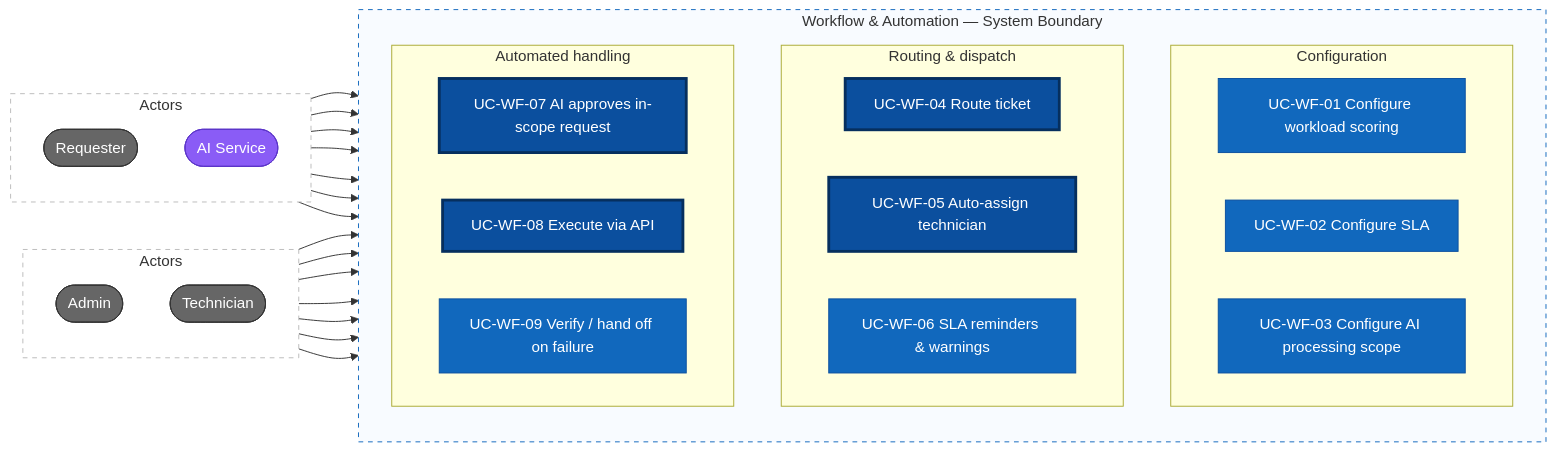
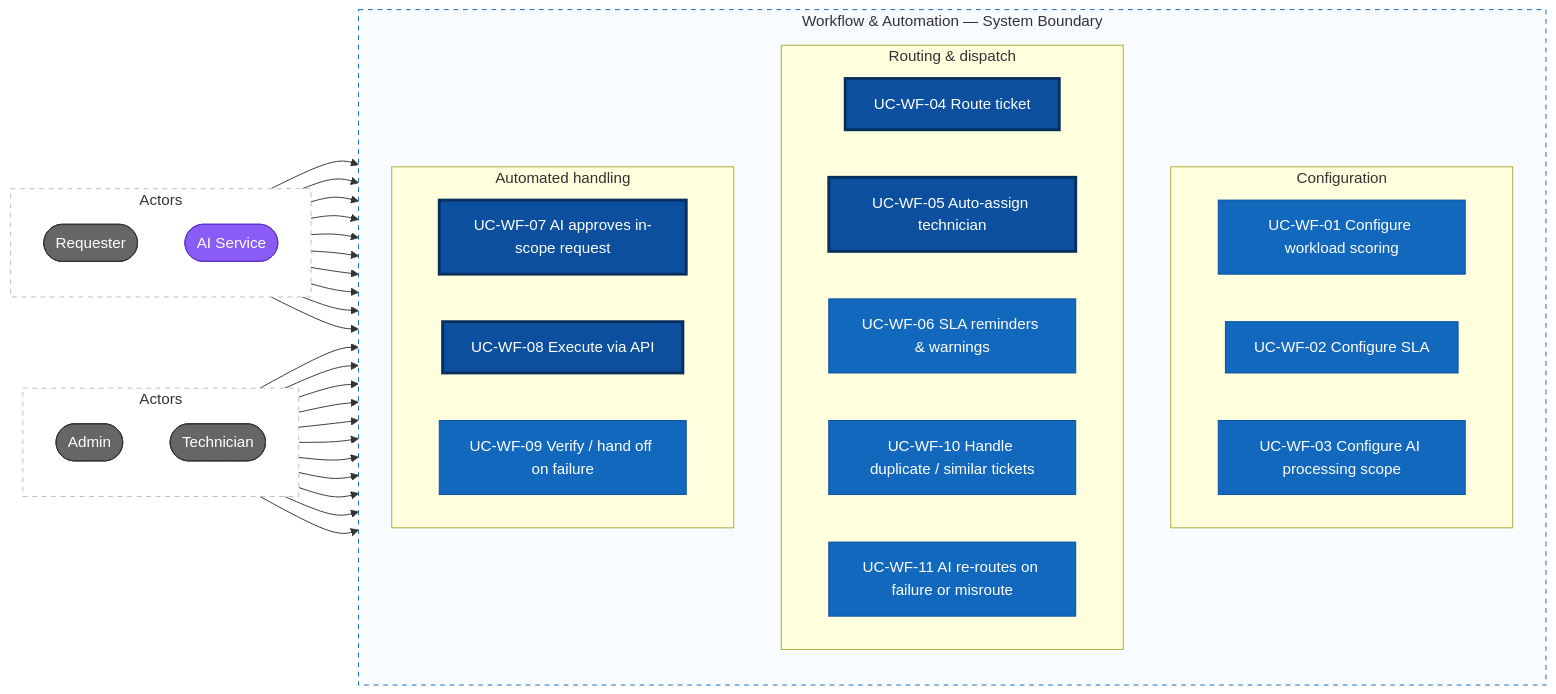
One commit to Akaza-ban/Fable changed the third of 5 diagrams in docs/f05-workflow-automation/02-use-cases.md. Above: the diagram before and after it, drawn with Mermaid. The commit also changed other lines of this file and 12 other files, not shown here.

Commit message:
docs(F05): duplicate/similar tickets (UC-WF-10) and AI re-routing on failure or misroute (UC-WF-11)

````diff
--- a/docs/f05-workflow-automation/02-use-cases.md
+++ b/docs/f05-workflow-automation/02-use-cases.md
@@ -188,53 +195,55 @@
 ```mermaid
 flowchart LR
     subgraph left["Actors"]
         direction TB
         admin(["Admin"])
         tech(["Technician"])
     end
 
     subgraph system["Workflow & Automation — System Boundary"]
         direction TB
         subgraph config["Configuration"]
             direction LR
             uc01["UC-WF-01 Configure workload scoring"]
             uc02["UC-WF-02 Configure SLA"]
             uc03["UC-WF-03 Configure AI processing scope"]
         end
         subgraph routing["Routing & dispatch"]
             direction LR
             uc04["UC-WF-04 Route ticket"]
             uc05["UC-WF-05 Auto-assign technician"]
             uc06["UC-WF-06 SLA reminders & warnings"]
+            uc10["UC-WF-10 Handle duplicate / similar tickets"]
+            uc11["UC-WF-11 AI re-routes on failure or misroute"]
         end
         subgraph automation["Automated handling"]
             direction LR
             uc07["UC-WF-07 AI approves in-scope request"]
             uc08["UC-WF-08 Execute via API"]
             uc09["UC-WF-09 Verify / hand off on failure"]
         end
     end
 
     subgraph right["Actors"]
         direction TB
         requester(["Requester"])
         ai(["AI Service"])
     end
 
-    admin --> uc01 & uc02 & uc03 & uc05
-    tech --> uc05 & uc06 & uc09
-    requester --> uc04 & uc06 & uc08 & uc09
-    ai --> uc04 & uc05 & uc07
+    admin --> uc01 & uc02 & uc03 & uc05 & uc10 & uc11
+    tech --> uc05 & uc06 & uc09 & uc10 & uc11
+    requester --> uc04 & uc06 & uc08 & uc09 & uc10
+    ai --> uc04 & uc05 & uc07 & uc10 & uc11
 
     classDef actor fill:#666,color:#fff,stroke:#333
     classDef sysactor fill:#8a5cf6,color:#fff,stroke:#5b34c9
     classDef usecase fill:#1168bd,color:#fff,stroke:#0b4f9e
     classDef core fill:#0b4f9e,color:#fff,stroke:#062f5e,stroke-width:3px
     class admin,tech,requester actor
     class ai sysactor
-    class uc01,uc02,uc03,uc06,uc09 usecase
+    class uc01,uc02,uc03,uc06,uc09,uc10,uc11 usecase
     class uc04,uc05,uc07,uc08 core
     style left fill:#fff,stroke:#bbb,stroke-dasharray:5 5
     style right fill:#fff,stroke:#bbb,stroke-dasharray:5 5
     style system fill:#f8fbff,stroke:#1168bd,stroke-dasharray:5 5
 ```
````
